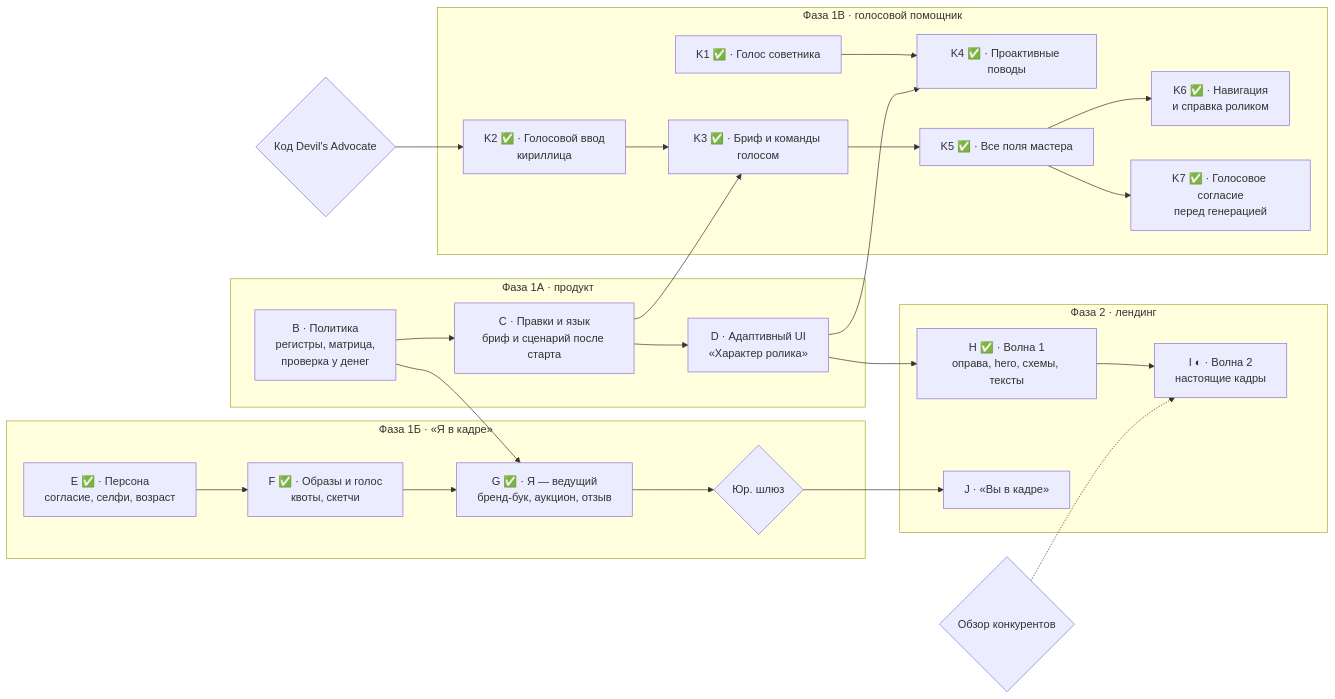
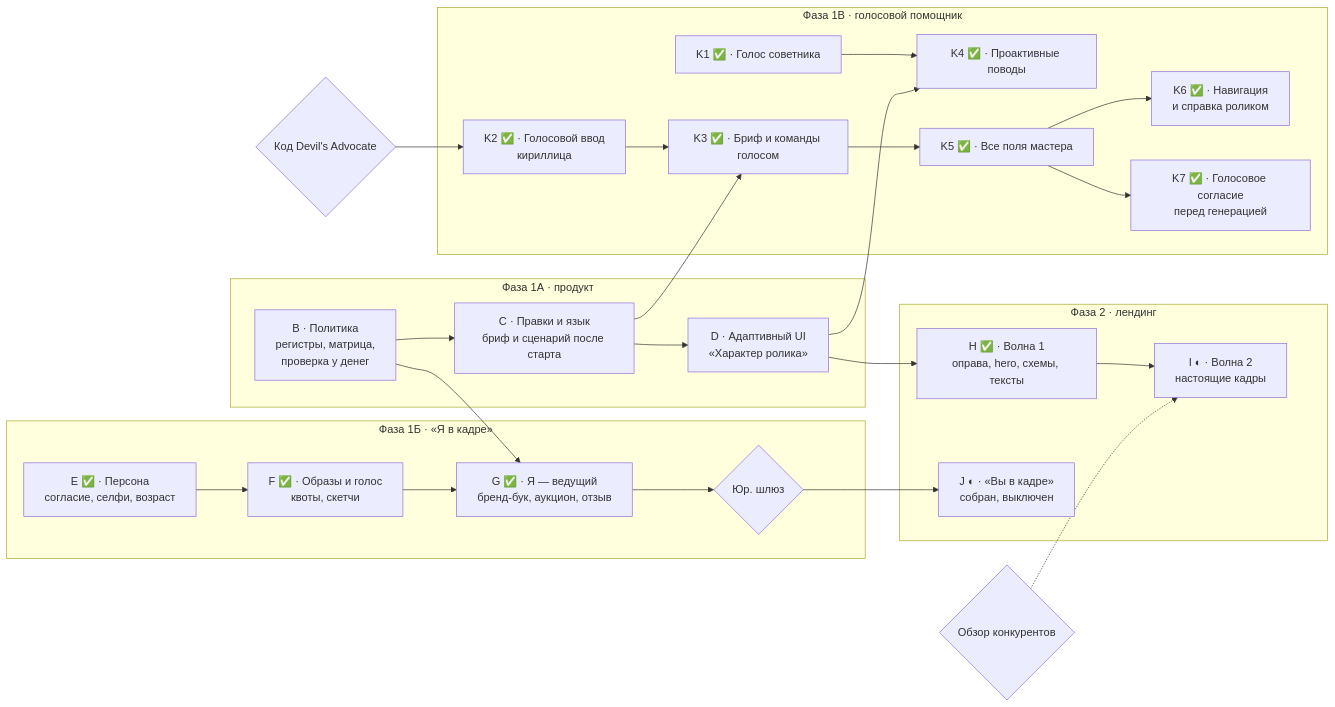
The diagram in docs-tz/TZ-Greeting-2.0-Adaptive-Persona-Landing.md (tarasenkoandriii/viral4creators), drawn with Mermaid before and after one commit. The commit also changed other lines of this file and 19 other files, not shown here.

````diff
--- a/docs-tz/TZ-Greeting-2.0-Adaptive-Persona-Landing.md
+++ b/docs-tz/TZ-Greeting-2.0-Adaptive-Persona-Landing.md
@@ -595,27 +595,27 @@
 ```mermaid
 flowchart LR
   subgraph P1A["Фаза 1А · продукт"]
     B["B · Политика<br/>регистры, матрица,<br/>проверка у денег"] --> C["C · Правки и язык<br/>бриф и сценарий после старта"] --> D["D · Адаптивный UI<br/>«Характер ролика»"]
   end
   subgraph P2["Фаза 2 · лендинг"]
     H["H ✅ · Волна 1<br/>оправа, hero, схемы, тексты"] --> I["I ◐ · Волна 2<br/>настоящие кадры"]
-    J["J · «Вы в кадре»"]
+    J["J ◐ · «Вы в кадре»<br/>собран, выключен"]
   end
   subgraph P1B["Фаза 1Б · «Я в кадре»"]
     E["E ✅ · Персона<br/>согласие, селфи, возраст"] --> F["F ✅ · Образы и голос<br/>квоты, скетчи"] --> G["G ✅ · Я — ведущий<br/>бренд-бук, аукцион, отзыв"] --> L{"Юр. шлюз"}
   end
   D --> H
   B --> G
   L --> J
   O{"Обзор конкурентов"} -.-> I
   subgraph P1C["Фаза 1В · голосовой помощник"]
     K1["K1 ✅ · Голос советника"] --> K4["K4 ✅ · Проактивные поводы"]
     K2["K2 ✅ · Голосовой ввод<br/>кириллица"] --> K3["K3 ✅ · Бриф и команды голосом"]
     K3 --> K5["K5 ✅ · Все поля мастера"]
     K5 --> K6["K6 ✅ · Навигация<br/>и справка роликом"]
     K5 --> K7["K7 ✅ · Голосовое согласие<br/>перед генерацией"]
   end
   DA{"Код Devil's Advocate"} --> K2
   C --> K3
   D --> K4
 ```
````
